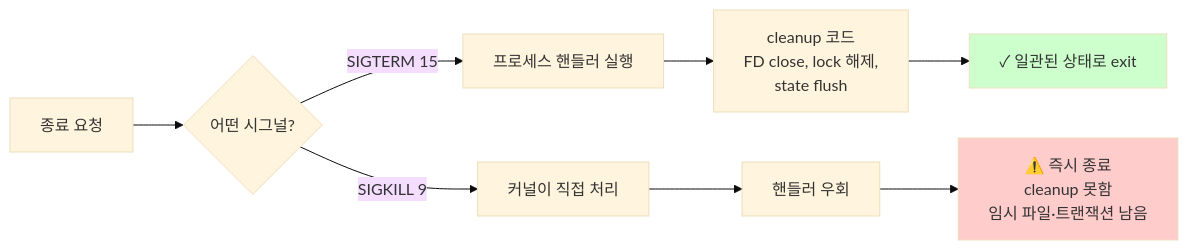
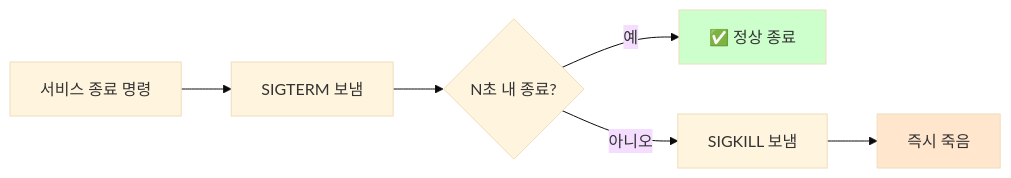
Before and after one commit to codewhite7777/codyssey_notes: the second of 3 diagrams in codyssey_b1_1_study/process-and-signals.md, drawn with Mermaid (base theme). The commit also changed other lines of this file and 4 other files, not shown here.

````diff
--- a/codyssey_b1_1_study/process-and-signals.md
+++ b/codyssey_b1_1_study/process-and-signals.md
@@ -125,14 +160,11 @@
 ```mermaid
 flowchart LR
-    A[종료 요청] --> B{어떤 시그널?}
-    B -->|SIGTERM 15| C[프로세스 핸들러 실행]
-    C --> D[cleanup 코드<br/>FD close, lock 해제,<br/>state flush]
-    D --> E["✓ 일관된 상태로 exit"]
+    A["서비스 종료 명령"] --> B["SIGTERM 보냄"]
+    B --> C{N초 내 종료?}
+    C -->|예| D["✅ 정상 종료"]
+    C -->|아니오| E["SIGKILL 보냄"]
+    E --> F["즉시 죽음"]
 
-    B -->|SIGKILL 9| F[커널이 직접 처리]
-    F --> G[핸들러 우회]
-    G --> H["⚠️ 즉시 종료<br/>cleanup 못함<br/>임시 파일·트랜잭션 남음"]
-
-    style E fill:#ccffcc
-    style H fill:#ffcccc
+    style D fill:#ccffcc
+    style F fill:#ffe6cc
 ```
````
